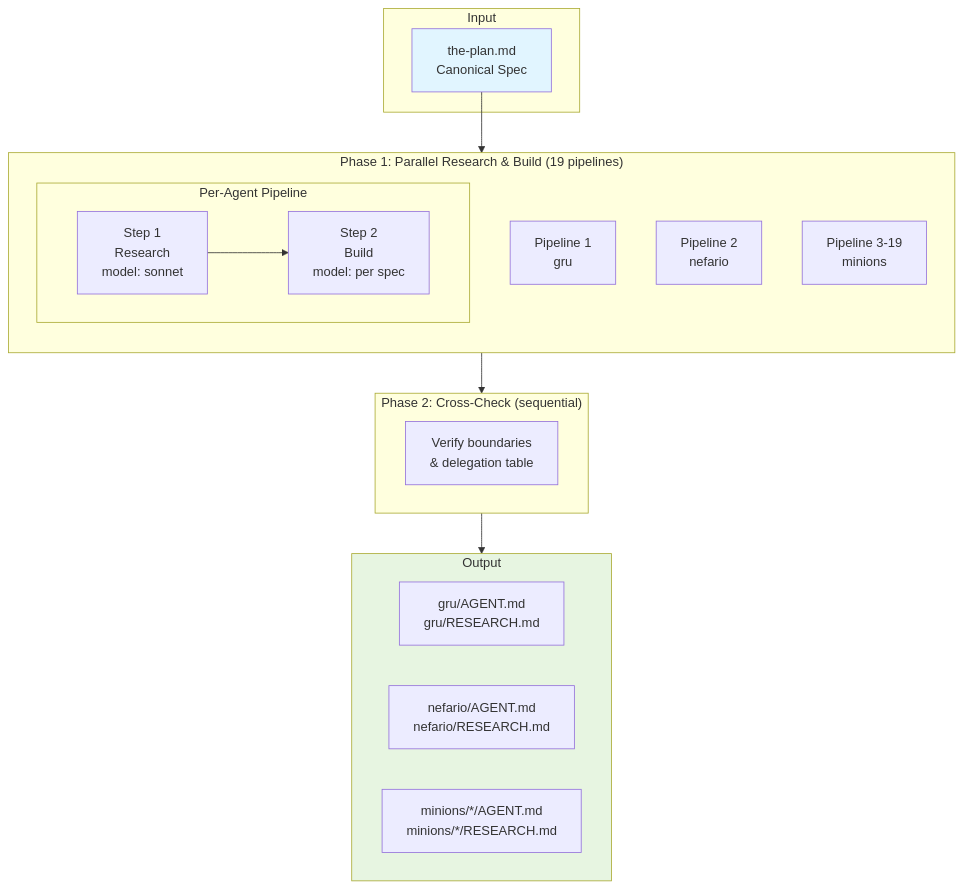
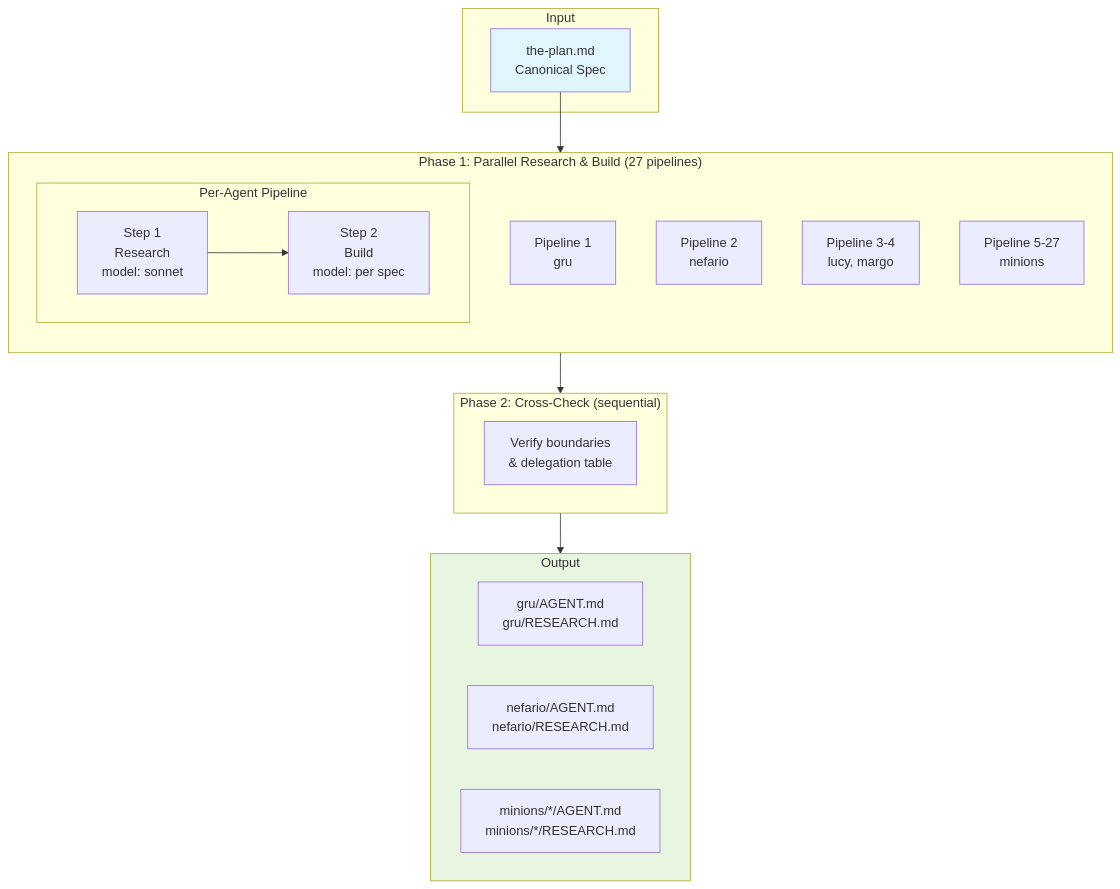
The first of 2 diagrams in docs/build-pipeline.md (benpeter/despicable-agents), drawn with Mermaid before and after one commit. The commit also changed other lines of this file and 31 other files, not shown here.

````diff
--- a/docs/build-pipeline.md
+++ b/docs/build-pipeline.md
@@ -13,36 +13,37 @@
 ```mermaid
 flowchart TB
     subgraph Input
         plan[the-plan.md<br/>Canonical Spec]
     end
 
-    subgraph Phase1["Phase 1: Parallel Research & Build (19 pipelines)"]
+    subgraph Phase1["Phase 1: Parallel Research & Build (27 pipelines)"]
         direction TB
 
         subgraph Pipeline["Per-Agent Pipeline"]
             direction LR
             step1[Step 1<br/>Research<br/>model: sonnet] --> step2[Step 2<br/>Build<br/>model: per spec]
         end
 
         p1[Pipeline 1<br/>gru]
         p2[Pipeline 2<br/>nefario]
-        p3[Pipeline 3-19<br/>minions]
+        p3[Pipeline 3-4<br/>lucy, margo]
+        p4[Pipeline 5-27<br/>minions]
     end
 
     subgraph Phase2["Phase 2: Cross-Check (sequential)"]
         verify[Verify boundaries<br/>& delegation table]
     end
 
     subgraph Output
         agent1[gru/AGENT.md<br/>gru/RESEARCH.md]
         agent2[nefario/AGENT.md<br/>nefario/RESEARCH.md]
         agent3[minions/*/AGENT.md<br/>minions/*/RESEARCH.md]
     end
 
     plan --> Phase1
     Phase1 --> Phase2
     Phase2 --> Output
 
     style plan fill:#e1f5ff
     style Output fill:#e7f5e1
 ```
````
